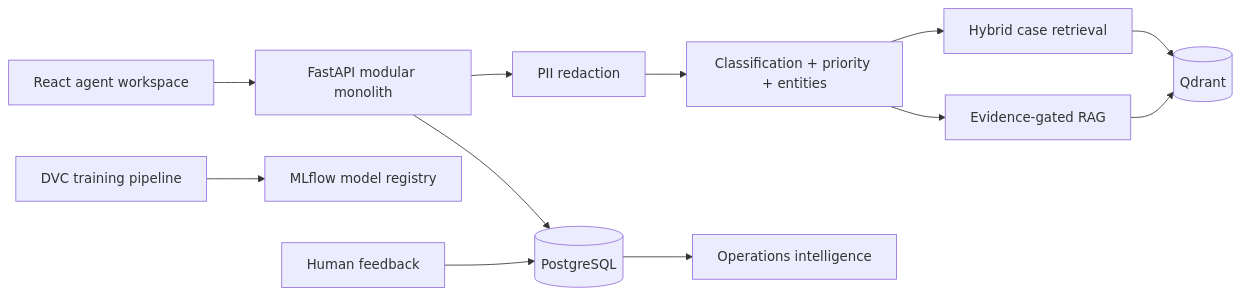
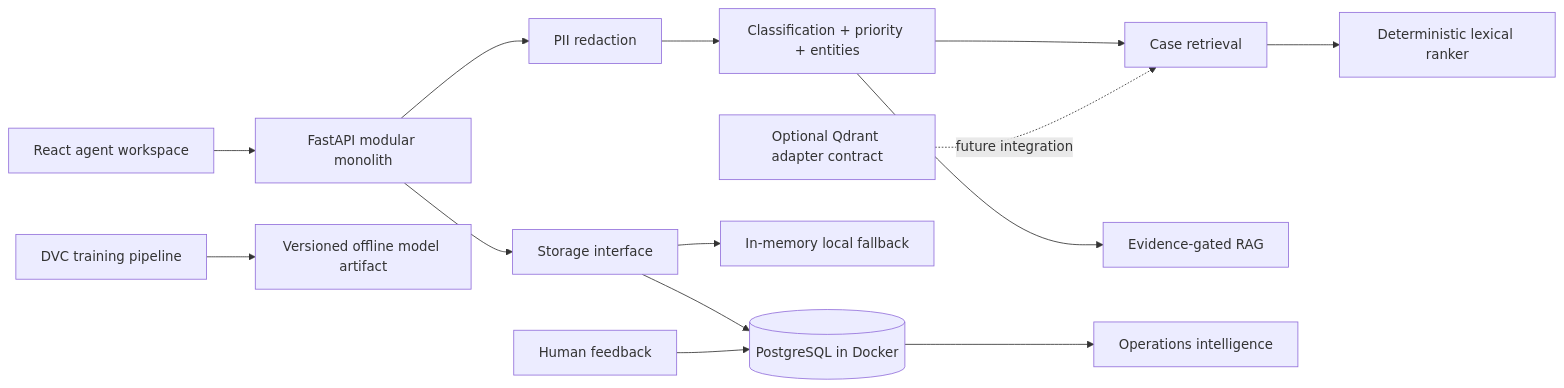
The diagram in README.md (barissolcay/telecom-support-intelligence), drawn with Mermaid before and after one commit. The commit also changed other lines of this file and 35 other files, not shown here.

````diff
--- a/README.md
+++ b/README.md
@@ -40,14 +41,16 @@
 ```mermaid
 flowchart LR
     UI["React agent workspace"] --> API["FastAPI modular monolith"]
     API --> Privacy["PII redaction"]
     Privacy --> Intelligence["Classification + priority + entities"]
-    Intelligence --> Cases["Hybrid case retrieval"]
+    Intelligence --> Cases["Case retrieval"]
     Intelligence --> Knowledge["Evidence-gated RAG"]
-    API --> PG[(PostgreSQL)]
-    Cases --> Q[(Qdrant)]
-    Knowledge --> Q
-    Training["DVC training pipeline"] --> Registry["MLflow model registry"]
+    API --> Store["Storage interface"]
+    Store --> PG[(PostgreSQL in Docker)]
+    Store --> Memory["In-memory local fallback"]
+    Cases --> Lexical["Deterministic lexical ranker"]
+    Q["Optional Qdrant adapter contract"] -. future integration .-> Cases
+    Training["DVC training pipeline"] --> Artifact["Versioned offline model artifact"]
     Feedback["Human feedback"] --> PG
     PG --> Analytics["Operations intelligence"]
 ```
````
